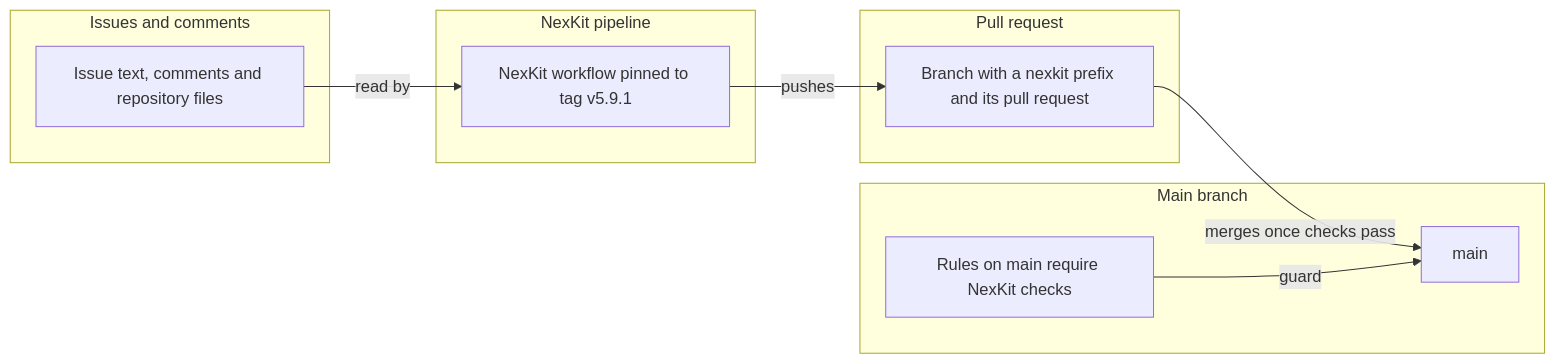
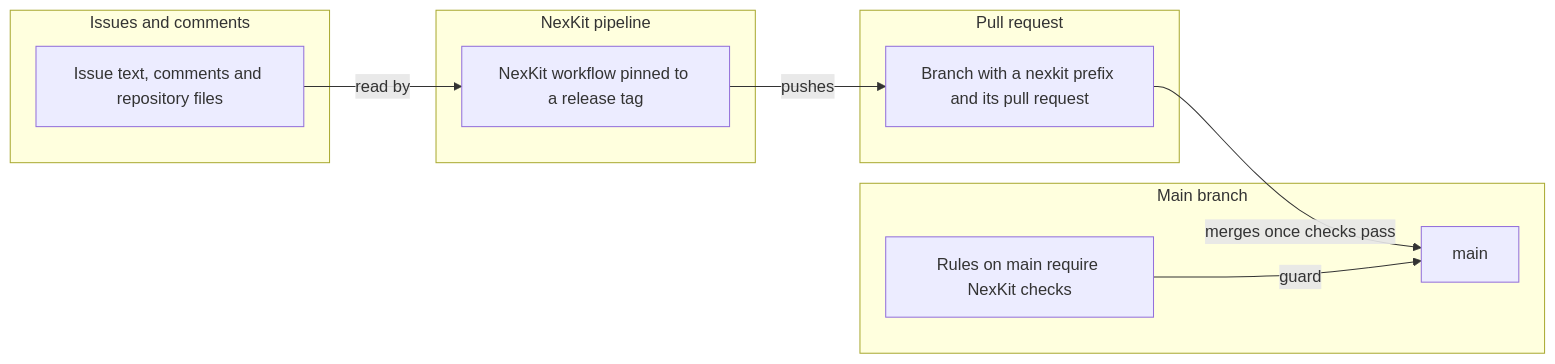
Before and after one commit to phuongnse/axis: the second of 4 diagrams in docs/reference/threat-model-build.md, drawn with Mermaid. The commit also changed other lines of this file and 33 other files, not shown here.

````diff
--- a/docs/reference/threat-model-build.md
+++ b/docs/reference/threat-model-build.md
@@ -33,20 +36,20 @@
 ```mermaid
 flowchart LR
     subgraph issues [Issues and comments]
         Text[Issue text, comments and repository files]
     end
     subgraph pipeline [NexKit pipeline]
-        Run[NexKit workflow pinned to tag v5.9.1]
+        Run[NexKit workflow pinned to a release tag]
     end
     subgraph review [Pull request]
         Branch[Branch with a nexkit prefix and its pull request]
     end
     subgraph trunk [Main branch]
         Rules[Rules on main require NexKit checks]
         Main[main]
     end
     Text -->|read by| Run
     Run -->|pushes| Branch
     Branch -->|merges once checks pass| Main
     Rules -->|guard| Main
 ```
````
